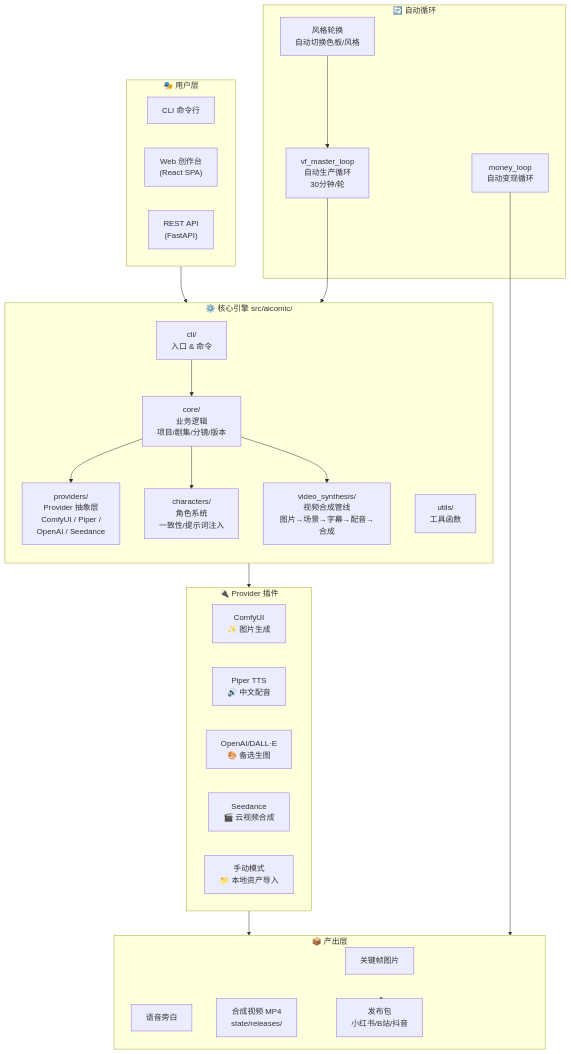
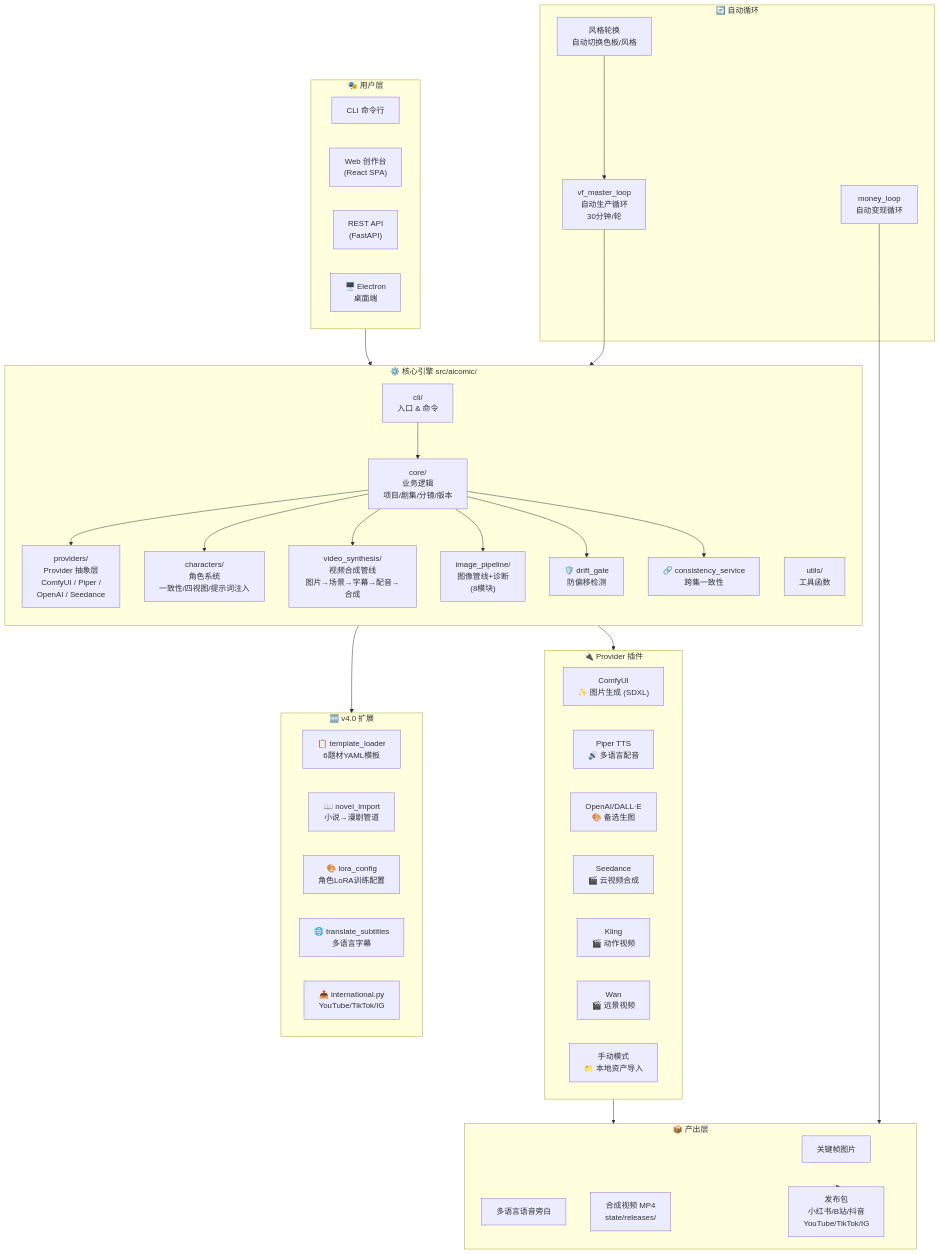
One commit to chfr19820610-cell/AIComics changed the first of 4 diagrams in README.md. Above: the diagram before and after it, drawn with Mermaid. The commit also changed other lines of this file, not shown here.

First line of the commit message:
docs: README fully synced to v4.0 — feature table, architecture, structure

````diff
--- a/README.md
+++ b/README.md
@@ -214,51 +218,69 @@
 ```mermaid
 graph TB
     subgraph User["🎭 用户层"]
         CLI["CLI 命令行"]
         WEB["Web 创作台<br/>(React SPA)"]
         API["REST API<br/>(FastAPI)"]
+        DESKTOP["🖥️ Electron<br/>桌面端"]
     end
 
     subgraph Core["⚙️ 核心引擎 src/aicomic/"]
         direction TB
         CLI_CORE["cli/<br/>入口 & 命令"]
         CORE_BP["core/<br/>业务逻辑<br/>项目/剧集/分镜/版本"]
-        PROV["providers/<br/>Provider 抽象层<br/>ComfyUI / Piper /<br/>OpenAI / Seedance"]
-        CHAR["characters/<br/>角色系统<br/>一致性/提示词注入"]
+        PROV["providers/<br/>Provider 抽象层<br/>ComfyUI / Piper /<br>OpenAI / Seedance"]
+        CHAR["characters/<br/>角色系统<br/>一致性/四视图/提示词注入"]
         VIDEO_SYNTH["video_synthesis/<br/>视频合成管线<br/>图片→场景→字幕→配音→合成"]
+        IMG_PIPE["image_pipeline/<br/>图像管线+诊断<br/>(8模块)"]
+        DRIFT["🛡️ drift_gate<br/>防偏移检测"]
+        CONSIST["🔗 consistency_service<br/>跨集一致性"]
         UTILS["utils/<br/>工具函数"]
         CLI_CORE --> CORE_BP
         CORE_BP --> PROV
         CORE_BP --> CHAR
         CORE_BP --> VIDEO_SYNTH
+        CORE_BP --> IMG_PIPE
+        CORE_BP --> DRIFT
+        CORE_BP --> CONSIST
     end
 
     subgraph Providers["🔌 Provider 插件"]
-        COMFY["ComfyUI<br/>✨ 图片生成"]
-        PIPER["Piper TTS<br/>🔊 中文配音"]
+        COMFY["ComfyUI<br/>✨ 图片生成 (SDXL)"]
+        PIPER["Piper TTS<br/>🔊 多语言配音"]
         OPENAI["OpenAI/DALL·E<br/>🎨 备选生图"]
         SEEDANCE["Seedance<br/>🎬 云视频合成"]
+        KLING["Kling<br/>🎬 动作视频"]
+        WAN["Wan<br/>🎬 远景视频"]
         MANUAL["手动模式<br/>📁 本地资产导入"]
+    end
+
+    subgraph V4["🆕 v4.0 扩展"]
+        TEMPLATES["📋 template_loader<br/>6题材YAML模板"]
+        NOVEL["📖 novel_import<br/>小说→漫剧管道"]
+        LORA["🎨 lora_config<br/>角色LoRA训练配置"]
+        I18N["🌐 translate_subtitles<br/>多语言字幕"]
+        PUBLISH_INTL["📤 international.py<br/>YouTube/TikTok/IG"]
     end
 
     subgraph Output["📦 产出层"]
         IMAGES["关键帧图片"]
-        AUDIO["语音旁白"]
+        AUDIO["多语言语音旁白"]
         VIDEO["合成视频 MP4<br/>state/releases/"]
-        PUBLISH["发布包<br/>小红书/B站/抖音"]
+        PUBLISH["发布包<br/>小红书/B站/抖音<br/>YouTube/TikTok/IG"]
     end
 
     subgraph Automation["🔄 自动循环"]
         VF_LOOP["vf_master_loop<br/>自动生产循环<br/>30分钟/轮"]
         MONEY_LOOP["money_loop<br/>自动变现循环"]
         STYLE_ROTATION["风格轮换<br/>自动切换色板/风格"]
     end
 
     User --> Core
+    Core --> V4
     PROV --> Providers
     Providers --> Output
     Output --> PUBLISH
     VF_LOOP --> Core
     MONEY_LOOP --> Output
     STYLE_ROTATION --> VF_LOOP
 ```
````
